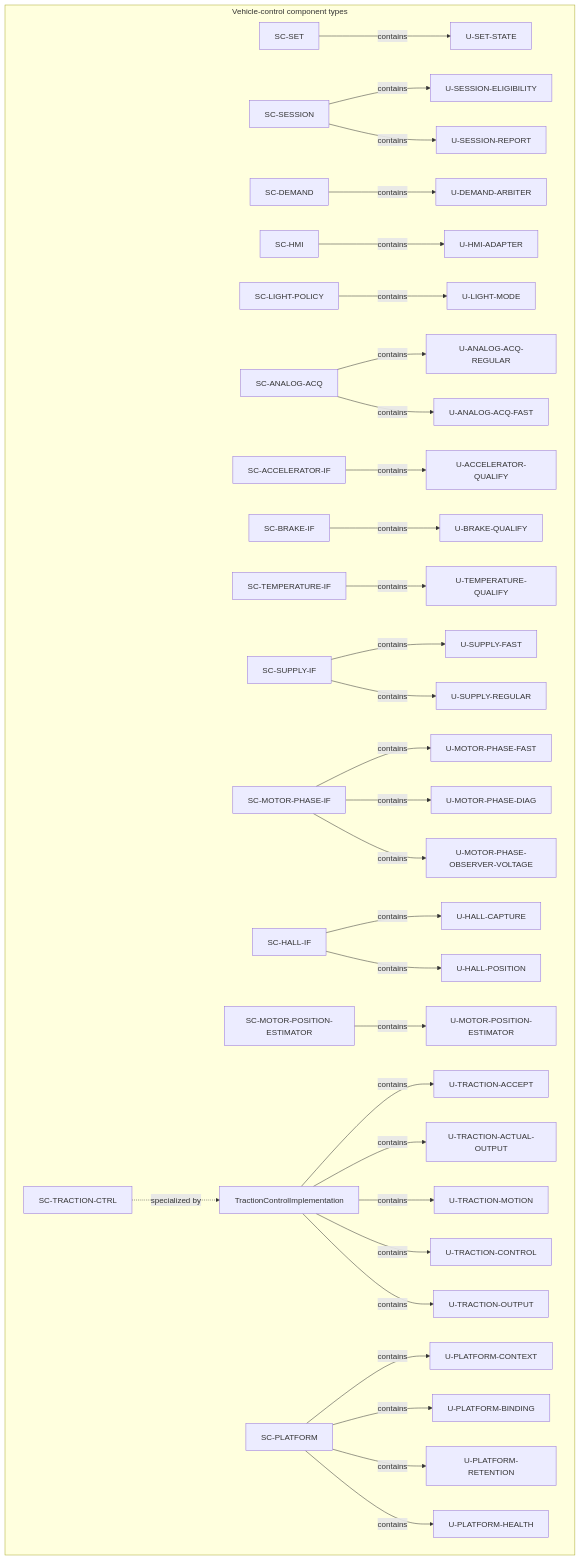
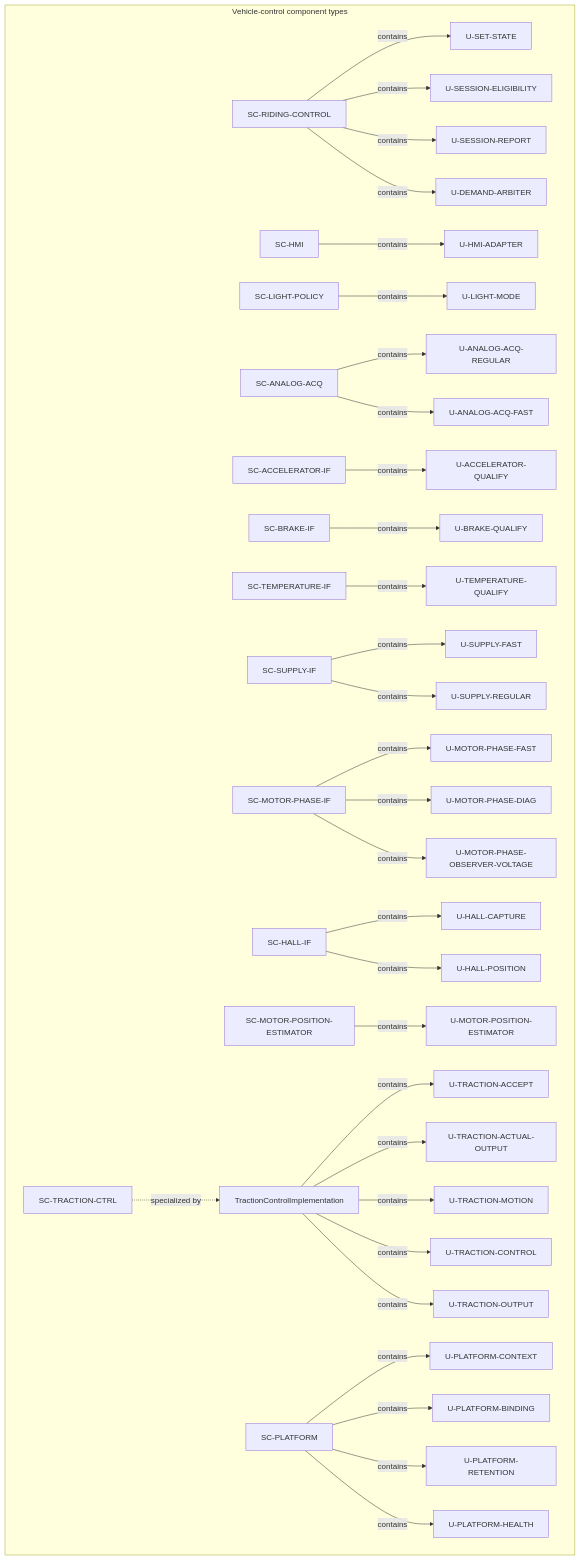
One commit to dhellhake/X2CityMCU changed the second of 9 diagrams in .devenv/Architecture/SoftwareArchitecture/DetailedDesign/DD-003_Static_Software_Architecture_Views.md. Above: the diagram before and after it, drawn with Mermaid. The commit also changed other lines of this file and 93 other files, not shown here.

Commit message:
Refactored RidingControl on System Architecture

````diff
--- a/.devenv/Architecture/SoftwareArchitecture/DetailedDesign/DD-003_Static_Software_Architecture_Views.md
+++ b/.devenv/Architecture/SoftwareArchitecture/DetailedDesign/DD-003_Static_Software_Architecture_Views.md
@@ -111,34 +111,34 @@
 ```mermaid
 flowchart TB
     subgraph V[Vehicle-control component types]
-        SET[SC-SET] -->|contains| US[U-SET-STATE]
-        SESSION[SC-SESSION] -->|contains| USE[U-SESSION-ELIGIBILITY]
-        SESSION -->|contains| USR[U-SESSION-REPORT]
-        DEMAND[SC-DEMAND] -->|contains| UDA[U-DEMAND-ARBITER]
+        RIDING[SC-RIDING-CONTROL] -->|contains| US[U-SET-STATE]
+        RIDING -->|contains| USE[U-SESSION-ELIGIBILITY]
+        RIDING -->|contains| USR[U-SESSION-REPORT]
+        RIDING -->|contains| UDA[U-DEMAND-ARBITER]
         HMI[SC-HMI] -->|contains| UHA[U-HMI-ADAPTER]
         LIGHT[SC-LIGHT-POLICY] -->|contains| ULM[U-LIGHT-MODE]
         ANALOG[SC-ANALOG-ACQ] -->|contains| UAR[U-ANALOG-ACQ-REGULAR]
         ANALOG -->|contains| UAF[U-ANALOG-ACQ-FAST]
         ACCEL[SC-ACCELERATOR-IF] -->|contains| UAQ[U-ACCELERATOR-QUALIFY]
         BRAKE[SC-BRAKE-IF] -->|contains| UBQ[U-BRAKE-QUALIFY]
         TEMP[SC-TEMPERATURE-IF] -->|contains| UTQ[U-TEMPERATURE-QUALIFY]
         SUPPLY[SC-SUPPLY-IF] -->|contains| USF[U-SUPPLY-FAST]
         SUPPLY -->|contains| USREG[U-SUPPLY-REGULAR]
         PHASE[SC-MOTOR-PHASE-IF] -->|contains| UMPF[U-MOTOR-PHASE-FAST]
         PHASE -->|contains| UMPD[U-MOTOR-PHASE-DIAG]
         HALL[SC-HALL-IF] -->|contains| UHC[U-HALL-CAPTURE]
         HALL -->|contains| UHP[U-HALL-POSITION]
         PHASE -->|contains| UMPOV[U-MOTOR-PHASE-OBSERVER-VOLTAGE]
         MPP[SC-MOTOR-POSITION-ESTIMATOR] -->|contains| UMPE[U-MOTOR-POSITION-ESTIMATOR]
         TRACTION[SC-TRACTION-CTRL] -.->|specialized by| TRDD[TractionControlImplementation]
         TRDD -->|contains| UTA[U-TRACTION-ACCEPT]
         TRDD -->|contains| UTAO[U-TRACTION-ACTUAL-OUTPUT]
         TRDD -->|contains| UTM[U-TRACTION-MOTION]
         TRDD -->|contains| UTC[U-TRACTION-CONTROL]
         TRDD -->|contains| UTO[U-TRACTION-OUTPUT]
         PLATFORM[SC-PLATFORM] -->|contains| UPC[U-PLATFORM-CONTEXT]
         PLATFORM -->|contains| UPB[U-PLATFORM-BINDING]
         PLATFORM -->|contains| UPR[U-PLATFORM-RETENTION]
         PLATFORM -->|contains| UPH[U-PLATFORM-HEALTH]
     end
 ```
````
